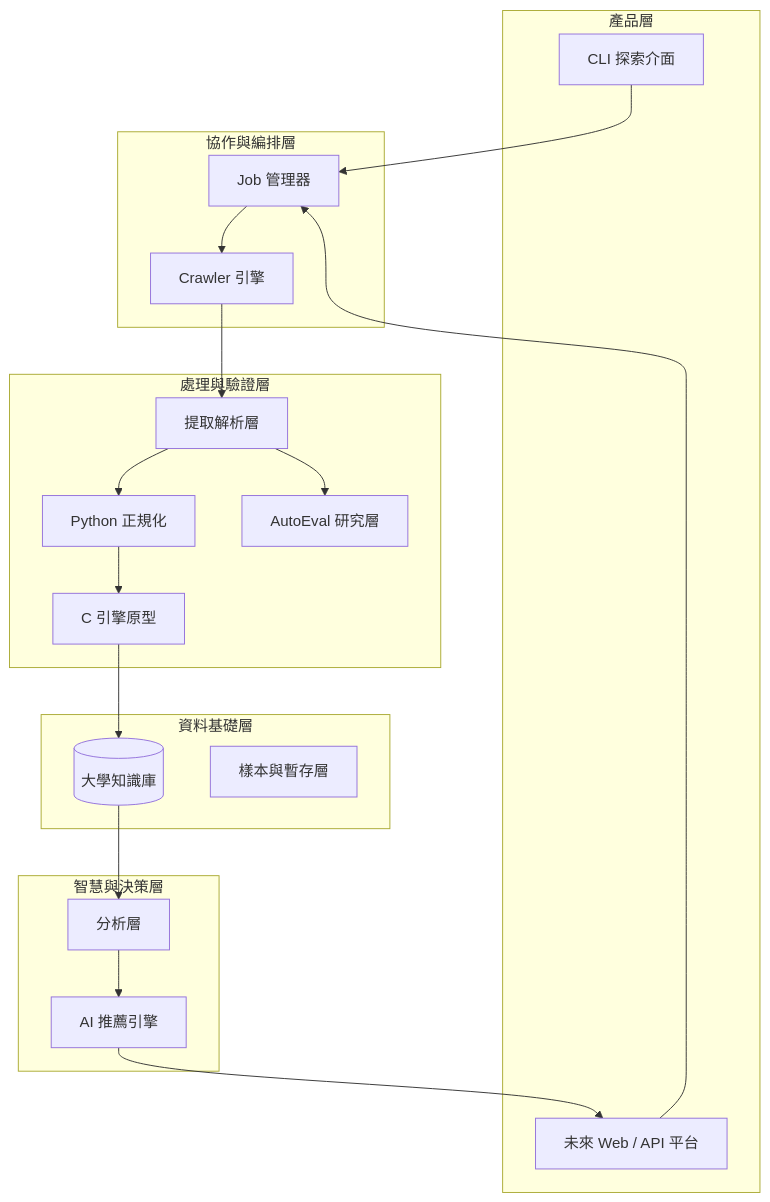
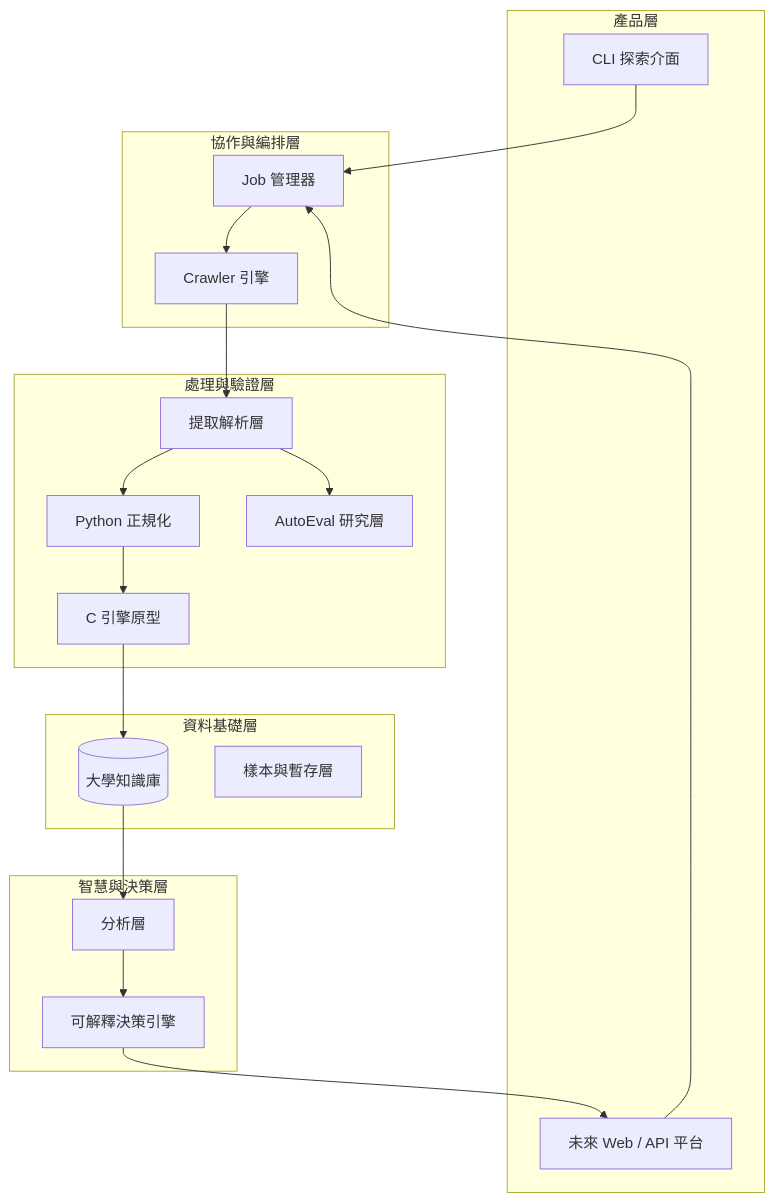
The first of 4 diagrams in MASTER_PROJECT_PLAN.md (heinricitorgau/CrawlerNest), drawn with Mermaid before and after one commit. The commit also changed other lines of this file and 3 other files, not shown here.

````diff
--- a/MASTER_PROJECT_PLAN.md
+++ b/MASTER_PROJECT_PLAN.md
@@ -92,41 +92,41 @@
 ```mermaid
 graph TD
     subgraph "產品層"
         CLI[CLI 探索介面]
         WEB[未來 Web / API 平台]
     end
 
     subgraph "協作與編排層"
         JOBS[Job 管理器]
         CRAWL[Crawler 引擎]
     end
 
     subgraph "處理與驗證層"
         EXT[提取解析層]
         NORM_PY[Python 正規化]
         NORM_C[C 引擎原型]
         AE[AutoEval 研究層]
     end
 
     subgraph "資料基礎層"
         KB[(大學知識庫)]
         SAMP[樣本與暫存層]
     end
 
     subgraph "智慧與決策層"
         ANA[分析層]
-        REC[AI 推薦引擎]
+        REC[可解釋決策引擎]
     end
 
     CLI --> JOBS
     WEB --> JOBS
     JOBS --> CRAWL
     CRAWL --> EXT
     EXT --> NORM_PY
     NORM_PY --> NORM_C
     EXT --> AE
     NORM_C --> KB
     KB --> ANA
     ANA --> REC
     REC --> WEB
 ```
````
